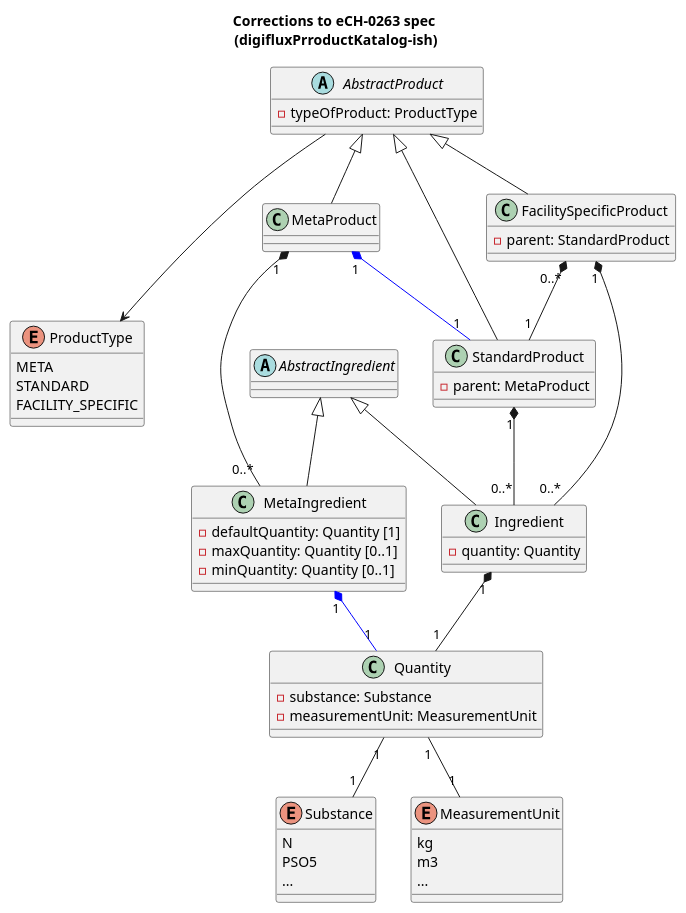
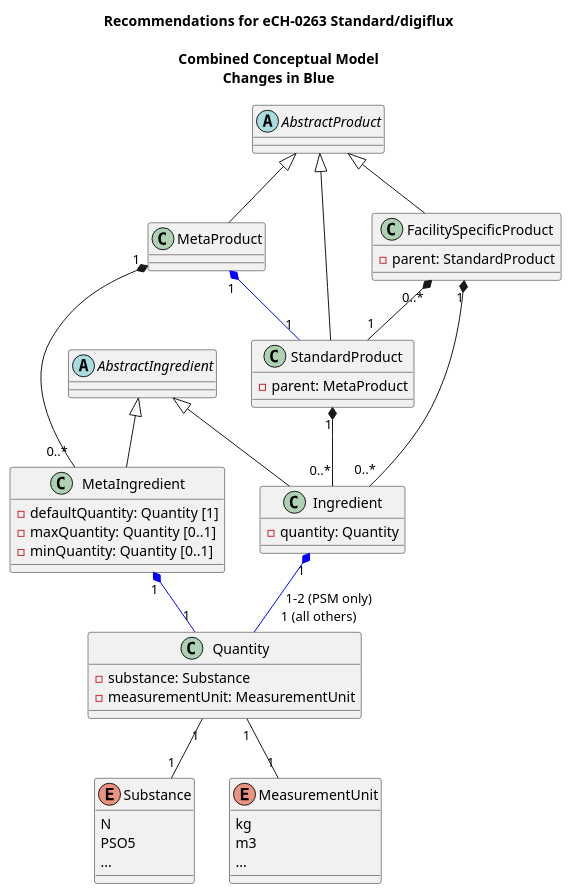
The diagram in docs/classDiagramAsPerAdjustedSpec.puml (blw-ofag-ufag/eCH-0263), drawn with PlantUML before and after one commit. The commit also changed 1 other file, not shown here.

Commit message:
Update UML diagram for eCH-0263 spec with revised details
Refine the class diagram to align with updated recommendations for the eCH-0263 standard. Adjusted the title and added changes highlighted in blue for clarity, removed unused product types, and updated relationships. Simplifies the model while maintaining accuracy.

```diff
--- a/docs/classDiagramAsPerAdjustedSpec.puml
+++ b/docs/classDiagramAsPerAdjustedSpec.puml
@@ -1,82 +1,75 @@
 @startuml
-title Corrections to eCH-0263 spec \n(digifluxPrroductKatalog-ish)
+title Recommendations for eCH-0263 Standard/digiflux\n\nCombined Conceptual Model\nChanges in Blue
 
 ' Define enums
 enum Substance {
   N
   PSO5
   ...
 }
 
 enum MeasurementUnit {
   kg
   m3
   ...
 }
 
-enum ProductType {
-  META
-  STANDARD
-  FACILITY_SPECIFIC
-}
 
 ' Define abstract class
 abstract class AbstractProduct {
-  - typeOfProduct: ProductType
+  
 }
 
 abstract class AbstractIngredient {
 }
 
 class MetaIngredient {
   - defaultQuantity: Quantity [1]
   - maxQuantity: Quantity [0..1]
   - minQuantity: Quantity [0..1]
 }
 
 class Ingredient {
   - quantity: Quantity
 }
 
 class MetaProduct {
 }
 
 class StandardProduct {
   - parent: MetaProduct
 }
 
 class FacilitySpecificProduct {
   - parent: StandardProduct
 }
 
 class Quantity {
   - substance: Substance
   - measurementUnit: MeasurementUnit
 }
 
 ' Relationships
 AbstractProduct <|-- MetaProduct
 AbstractProduct <|-- StandardProduct
 AbstractProduct <|-- FacilitySpecificProduct
 
 AbstractIngredient <|-- MetaIngredient
 AbstractIngredient <|-- Ingredient
 
 MetaProduct "1" *-- "0..*" MetaIngredient
 StandardProduct "1" *-- "0..*" Ingredient
 FacilitySpecificProduct "1" *-- "0..*" Ingredient
 
 MetaProduct "1" *--[#blue] "1" StandardProduct
 
 FacilitySpecificProduct "0..*" *-- "1" StandardProduct
 
 Quantity "1" -- "1" Substance
 Quantity "1" -- "1" MeasurementUnit
 
 MetaIngredient "1" *--[#blue] "1" Quantity
 
-Ingredient "1" *-- "1" Quantity
+Ingredient "1" *--[#blue]"      1-2 (PSM only)\n1 (all others)"  Quantity
 
-' Associate ProductType with AbstractProduct
-AbstractProduct ---> ProductType
 @enduml
```
